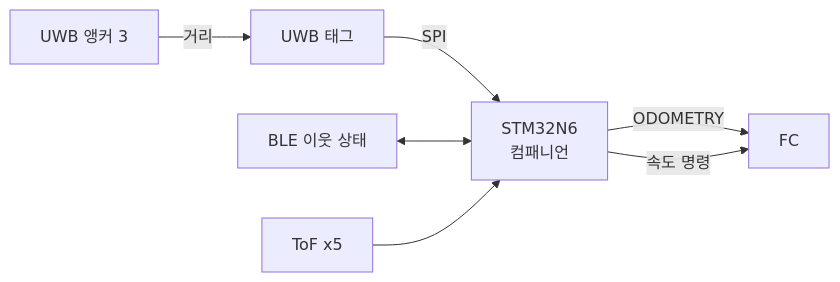
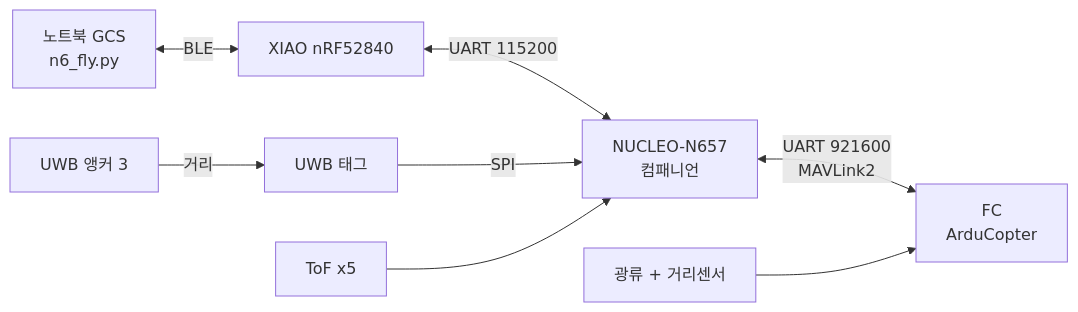
Before and after one commit to Multi-Bus/capstone_design: the diagram in README.md, drawn with Mermaid. The commit also changed other lines of this file and 433 other files, not shown here.

````diff
--- a/README.md
+++ b/README.md
@@ -25,9 +27,10 @@
 ```mermaid
 flowchart LR
+    G[노트북 GCS<br>n6_fly.py] <-->|BLE| X[XIAO nRF52840]
+    X <-->|UART 115200| N[NUCLEO-N657<br>컴패니언]
+    N <-->|UART 921600<br>MAVLink2| F[FC<br>ArduCopter]
     A[UWB 앵커 3] -->|거리| T[UWB 태그]
-    T -->|SPI| N[STM32N6<br>컴패니언]
-    N -->|ODOMETRY| F[FC]
-    B[BLE 이웃 상태] <--> N
+    T -->|SPI| N
     S[ToF x5] --> N
-    N -->|속도 명령| F
+    O[광류 + 거리센서] --> F
 ```
````
